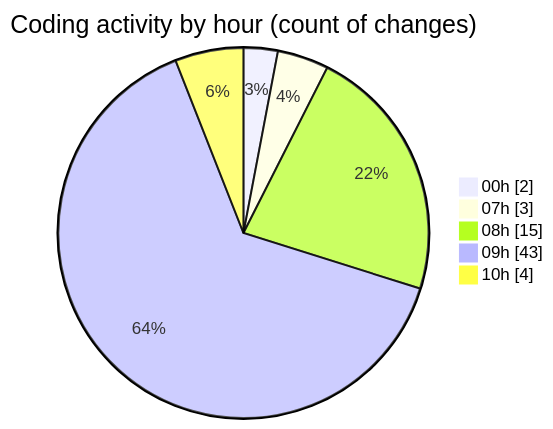
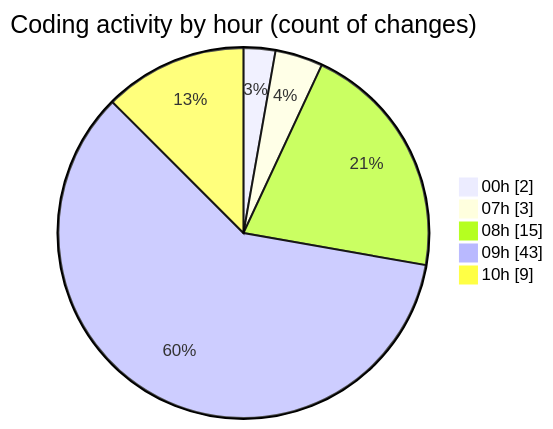
Before and after one commit to donsfak/code-tracking: the second of 2 diagrams in 2025-02-10/maps_clone/README.md, drawn with Mermaid. The commit also changed other lines of this file and 1 other file, not shown here.

````diff
--- a/2025-02-10/maps_clone/README.md
+++ b/2025-02-10/maps_clone/README.md
@@ -38,9 +38,9 @@
 ```mermaid
 pie showData
 title Coding activity by hour (count of changes)
 "00h" : 2
 "07h" : 3
 "08h" : 15
 "09h" : 43
-"10h" : 4
+"10h" : 9
 ```
````
